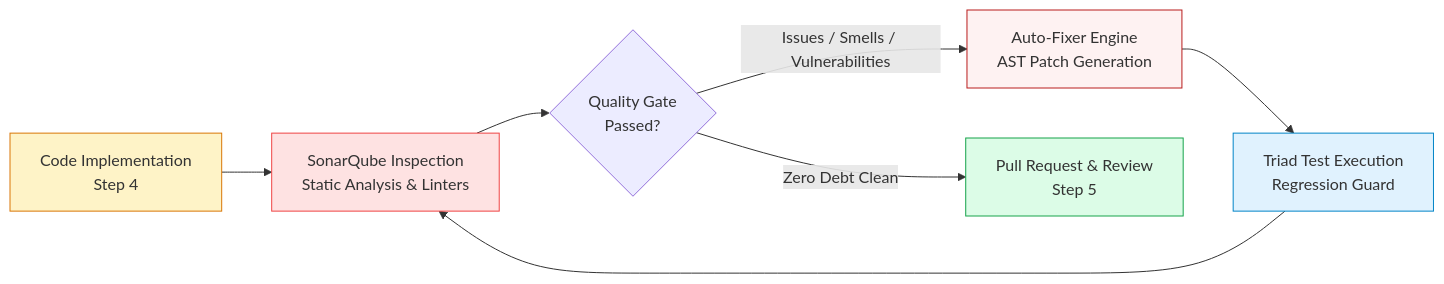
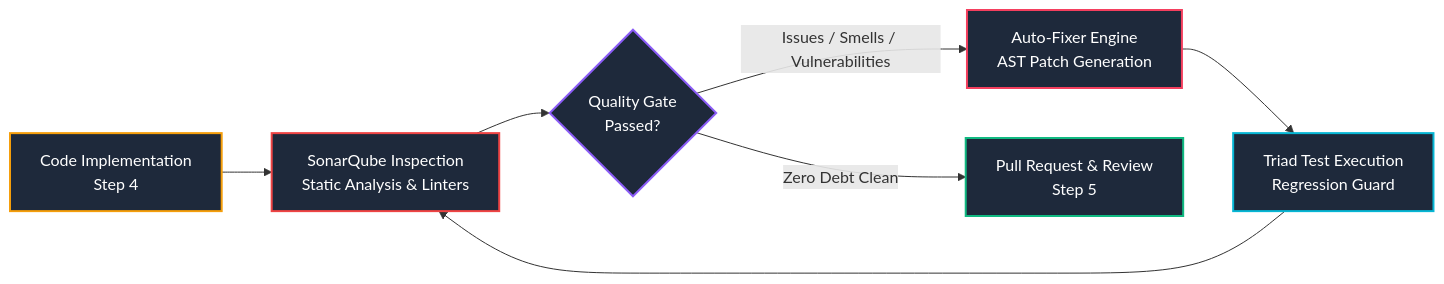
The first of 2 diagrams in README.md (techdeveloper-org/ai-native-sdlc-engine), drawn with Mermaid before and after one commit. The commit also changed other lines of this file and 1 other file, not shown here.

Commit message:
docs: fix color contrast and readability in Mermaid architecture diagrams (#336)

````diff
--- a/README.md
+++ b/README.md
@@ -61,15 +61,16 @@
 ```mermaid
 flowchart LR
     GEN["Code Implementation\nStep 4"] --> SQ["SonarQube Inspection\nStatic Analysis & Linters"]
     SQ --> DEC{"Quality Gate\nPassed?"}
     DEC -- "Issues / Smells / Vulnerabilities" --> FIX["Auto-Fixer Engine\nAST Patch Generation"]
     FIX --> RE_TEST["Triad Test Execution\nRegression Guard"]
     RE_TEST --> SQ
     DEC -- "Zero Debt Clean" --> PR["Pull Request & Review\nStep 5"]
 
-    style GEN fill:#fef3c7,stroke:#d97706
-    style SQ fill:#fee2e2,stroke:#ef4444
-    style FIX fill:#fef2f2,stroke:#b91c1c
-    style RE_TEST fill:#e0f2fe,stroke:#0284c7
-    style PR fill:#dcfce7,stroke:#16a34a
+    style GEN fill:#1e293b,stroke:#f59e0b,stroke-width:2px,color:#ffffff
+    style SQ fill:#1e293b,stroke:#ef4444,stroke-width:2px,color:#ffffff
+    style DEC fill:#1e293b,stroke:#8b5cf6,stroke-width:2px,color:#ffffff
+    style FIX fill:#1e293b,stroke:#f43f5e,stroke-width:2px,color:#ffffff
+    style RE_TEST fill:#1e293b,stroke:#06b6d4,stroke-width:2px,color:#ffffff
+    style PR fill:#1e293b,stroke:#10b981,stroke-width:2px,color:#ffffff
 ```
````
